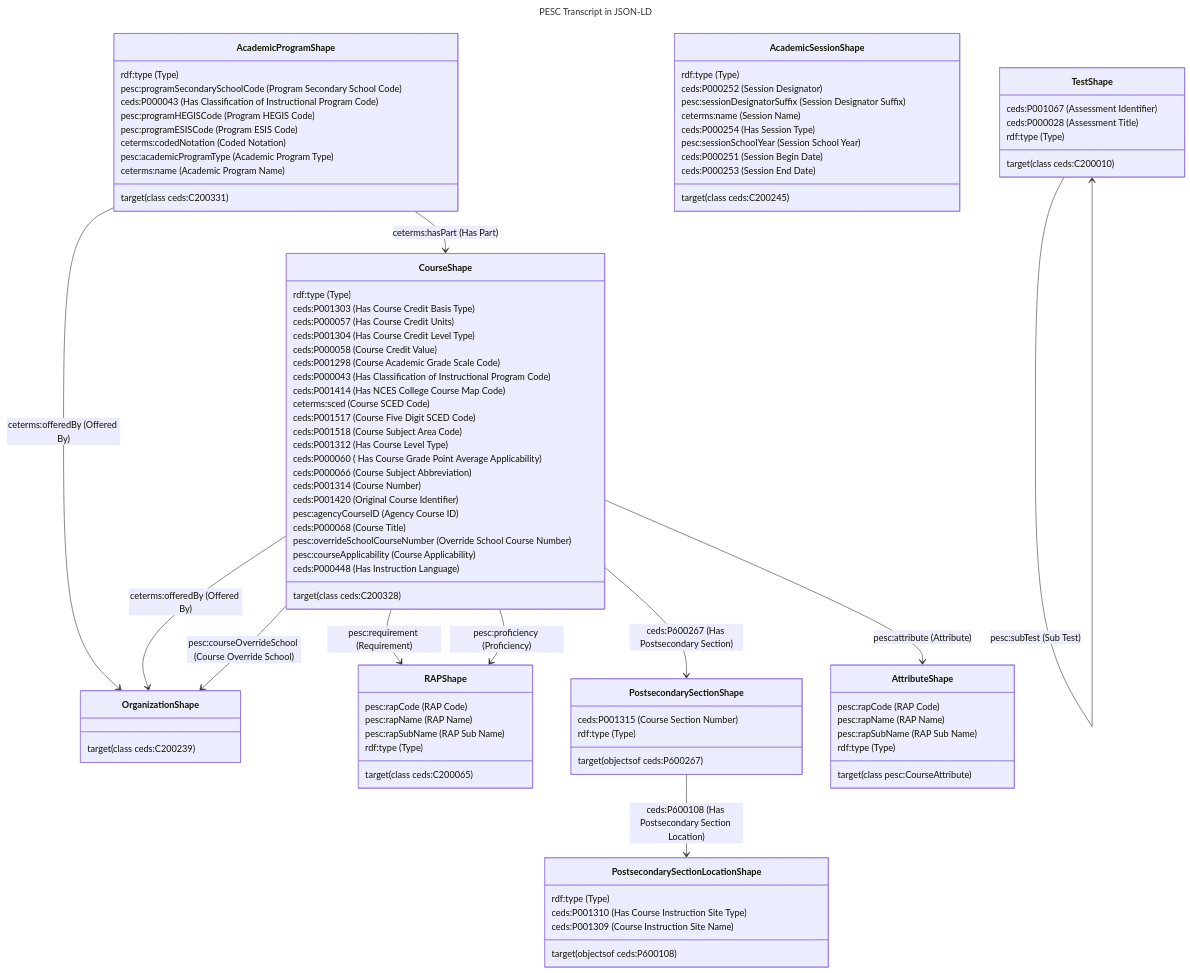
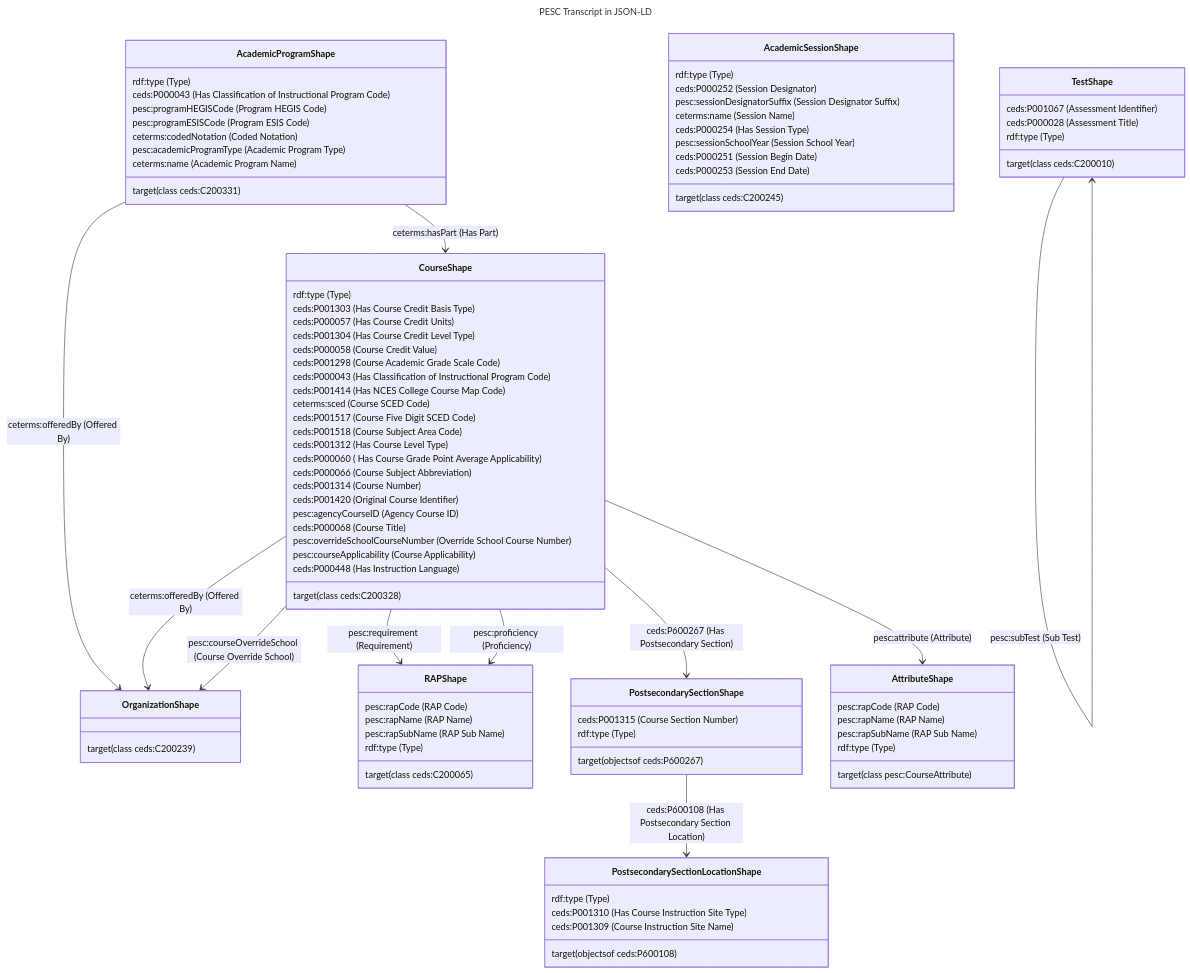
Before and after one commit to pesc-org/json-ld-transcript: the diagram in TAP+SHACL/course-related.md, drawn with Mermaid. The commit also changed 12 other files, not shown here.

Commit message:
remove ProgramSecondarySchoolCode from AcademicProgram

```diff
--- a/TAP+SHACL/course-related.md
+++ b/TAP+SHACL/course-related.md
@@ -31,7 +31,6 @@
 	AcademicProgramShape --> CourseShape : ceterms#58;hasPart #40;Has Part#41;
 	AcademicProgramShape : rdf#58;type #40;Type#41;
 	AcademicProgramShape --> OrganizationShape : ceterms#58;offeredBy #40;Offered By#41;
-	AcademicProgramShape : pesc#58;programSecondarySchoolCode #40;Program Secondary School Code#41;
 	AcademicProgramShape : ceds#58;P000043 #40;Has Classification of Instructional Program Code#41;
 	AcademicProgramShape : pesc#58;programHEGISCode #40;Program HEGIS Code#41;
 	AcademicProgramShape : pesc#58;programESISCode #40;Program ESIS Code#41;
```
